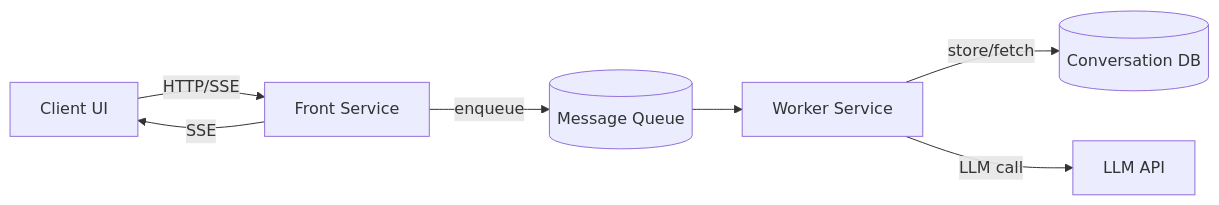
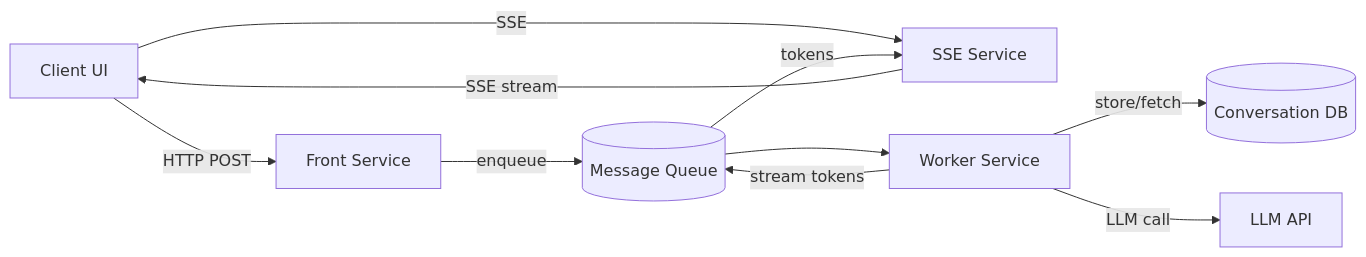
Before and after one commit to tkubica12/azure-workshops: the first of 2 diagrams in d-ai-app-patterns/scalable_chat/README.md, drawn with Mermaid. The commit also changed other lines of this file and 16 other files, not shown here.

Commit message:
SSE as standalone service

````diff
--- a/d-ai-app-patterns/scalable_chat/README.md
+++ b/d-ai-app-patterns/scalable_chat/README.md
@@ -17,9 +18,12 @@
 ```mermaid
 flowchart LR
-    Client[Client UI] -->|HTTP/SSE| Front[Front Service]
+    Client[Client UI] -->|HTTP POST| Front[Front Service]
+    Client -->|SSE| SSE[SSE Service]
     Front -->|enqueue| Queue[(Message&nbsp;Queue)]
     Queue --> Worker[Worker Service]
     Worker -->|store/fetch| DB[(Conversation&nbsp;DB)]
     Worker -->|LLM call| LLM[LLM&nbsp;API]
-    Front -->|SSE| Client
+    Worker -->|stream tokens| Queue
+    Queue -->|tokens| SSE
+    SSE -->|SSE stream| Client
 ```
````
